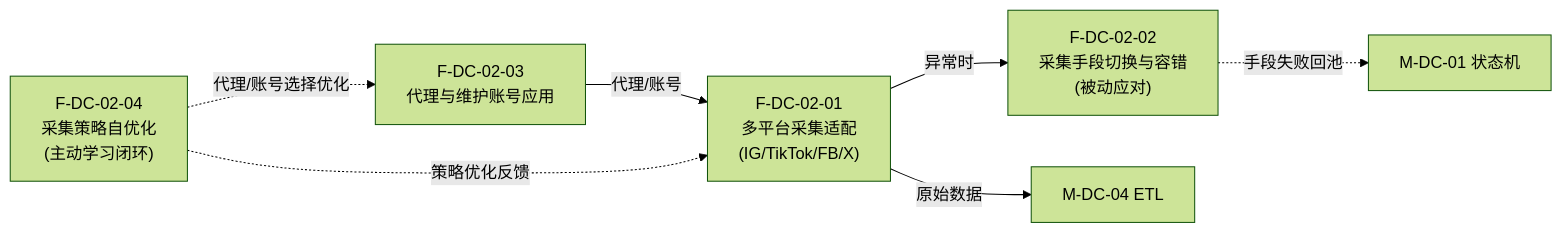
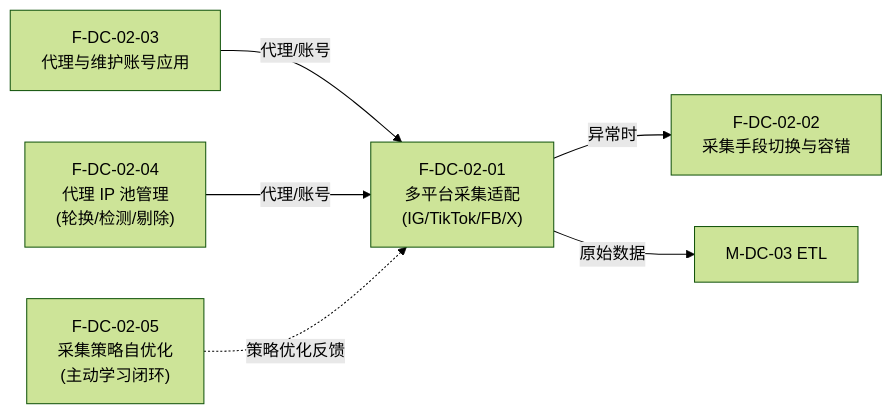
The fourth of 45 diagrams in 公司项目/认知作战/文档/软件概要设计-架构图.md (Sj-g/obsidian), drawn with Mermaid (forest theme) before and after one commit. The commit also changed other lines of this file and 4 other files, not shown here.

````diff
--- a/公司项目/认知作战/文档/软件概要设计-架构图.md
+++ b/公司项目/认知作战/文档/软件概要设计-架构图.md
@@ -183,14 +114,13 @@
 ```mermaid
 flowchart LR
     F0201["F-DC-02-01<br/>多平台采集适配<br/>(IG/TikTok/FB/X)"]
-    F0202["F-DC-02-02<br/>采集手段切换与容错<br/>(被动应对)"]
+    F0202["F-DC-02-02<br/>采集手段切换与容错"]
     F0203["F-DC-02-03<br/>代理与维护账号应用"]
-    F0204["F-DC-02-04<br/>采集策略自优化<br/>(主动学习闭环)"]
+    F0204["F-DC-02-04<br/>代理 IP 池管理<br/>(轮换/检测/剔除)"]
+    F0205["F-DC-02-05<br/>采集策略自优化<br/>(主动学习闭环)"]
 
-    F0203 -->|"代理/账号"| F0201
+    F0203 & F0204 -->|"代理/账号"| F0201
     F0201 -->|"异常时"| F0202
-    F0202 -.->|"手段失败回池"| EXT["M-DC-01 状态机"]
-    F0204 -.->|"策略优化反馈"| F0201
-    F0204 -.->|"代理/账号选择优化"| F0203
-    F0201 -->|"原始数据"| EXT2["M-DC-04 ETL"]
+    F0205 -.->|"策略优化反馈"| F0201
+    F0201 -->|"原始数据"| EXT2["M-DC-03 ETL"]
 ```
````
